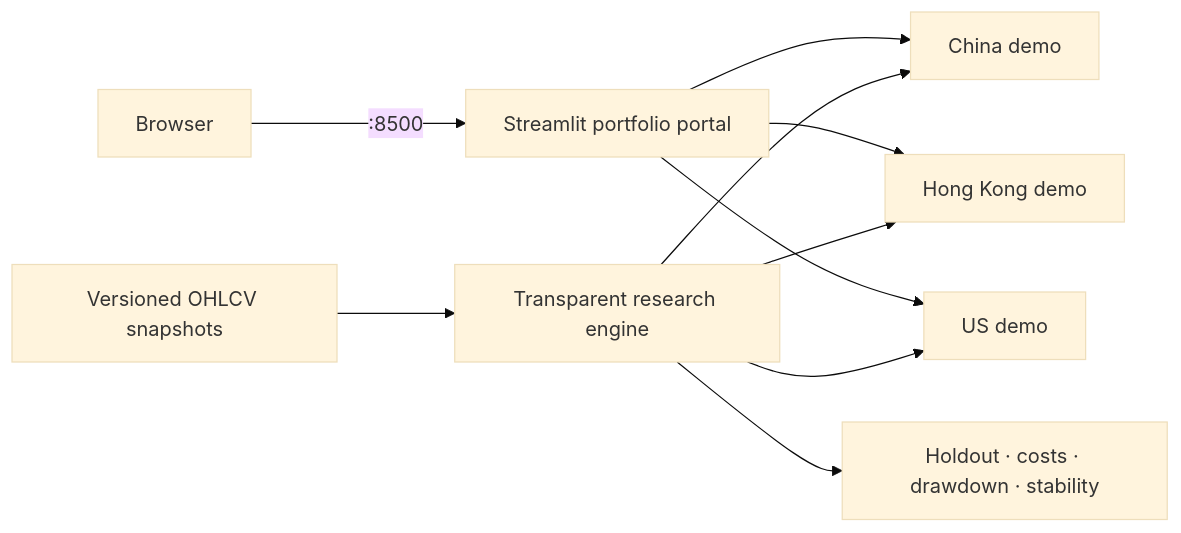
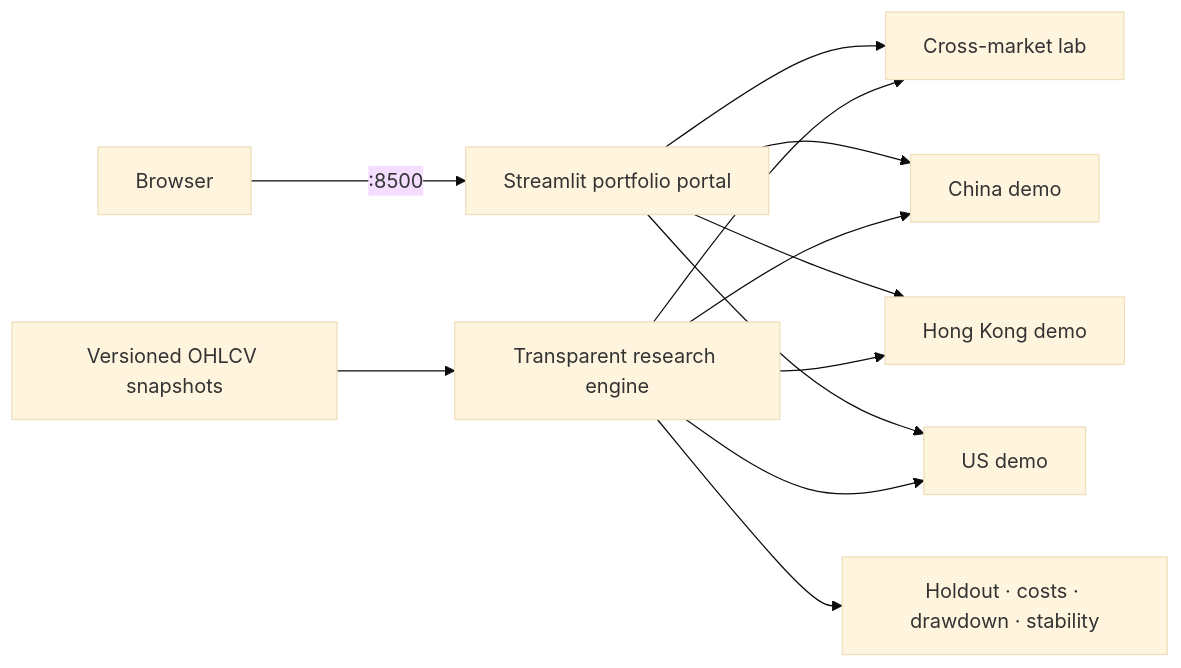
Before and after one commit to Chen-xi111/tri-market-quant-platform: the diagram in README.md, drawn with Mermaid (base theme). The commit also changed other lines of this file and 15 other files, not shown here.

Commit message:
Add cross-market research workspace

````diff
--- a/README.md
+++ b/README.md
@@ -31,12 +32,14 @@
 ```mermaid
 flowchart LR
     Browser -->|:8500| Portal[Streamlit portfolio portal]
+    Portal --> Compare[Cross-market lab]
     Portal --> CN[China demo]
     Portal --> HK[Hong Kong demo]
     Portal --> US[US demo]
     Fixtures[Versioned OHLCV snapshots] --> Engine[Transparent research engine]
+    Engine --> Compare
     Engine --> CN
     Engine --> HK
     Engine --> US
     Engine --> Evidence[Holdout · costs · drawdown · stability]
 ```
````
